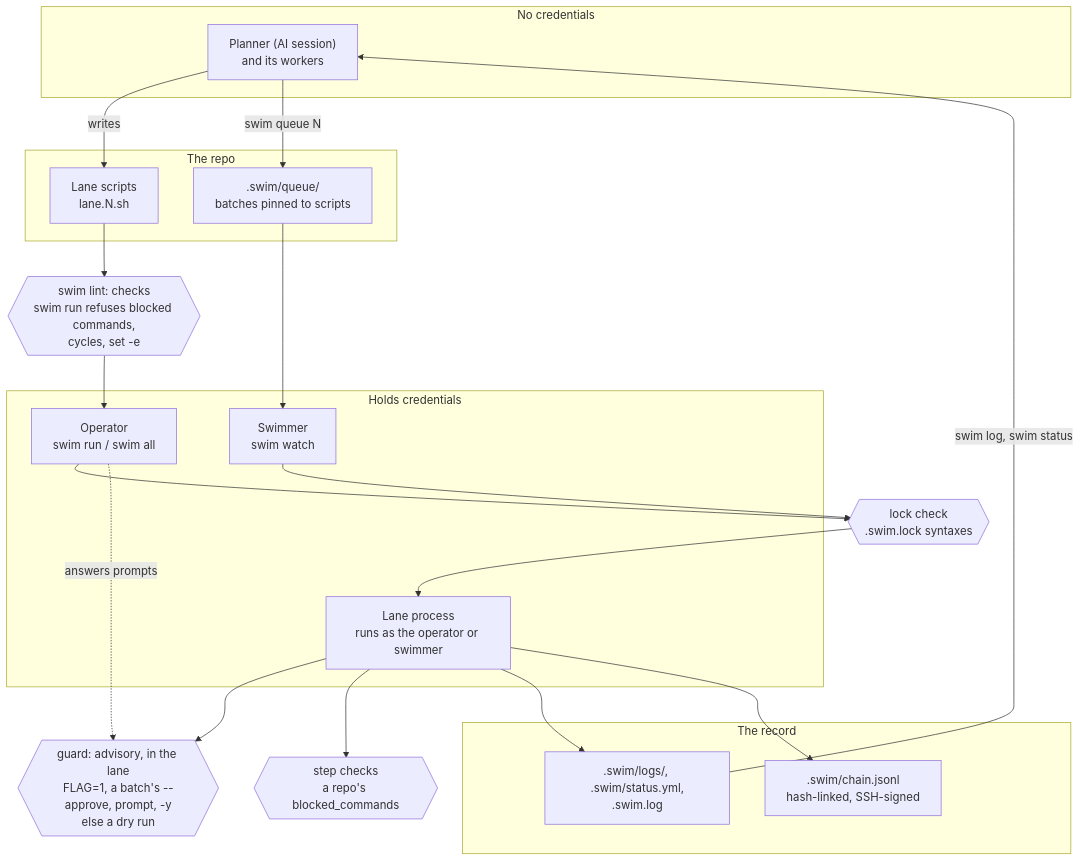
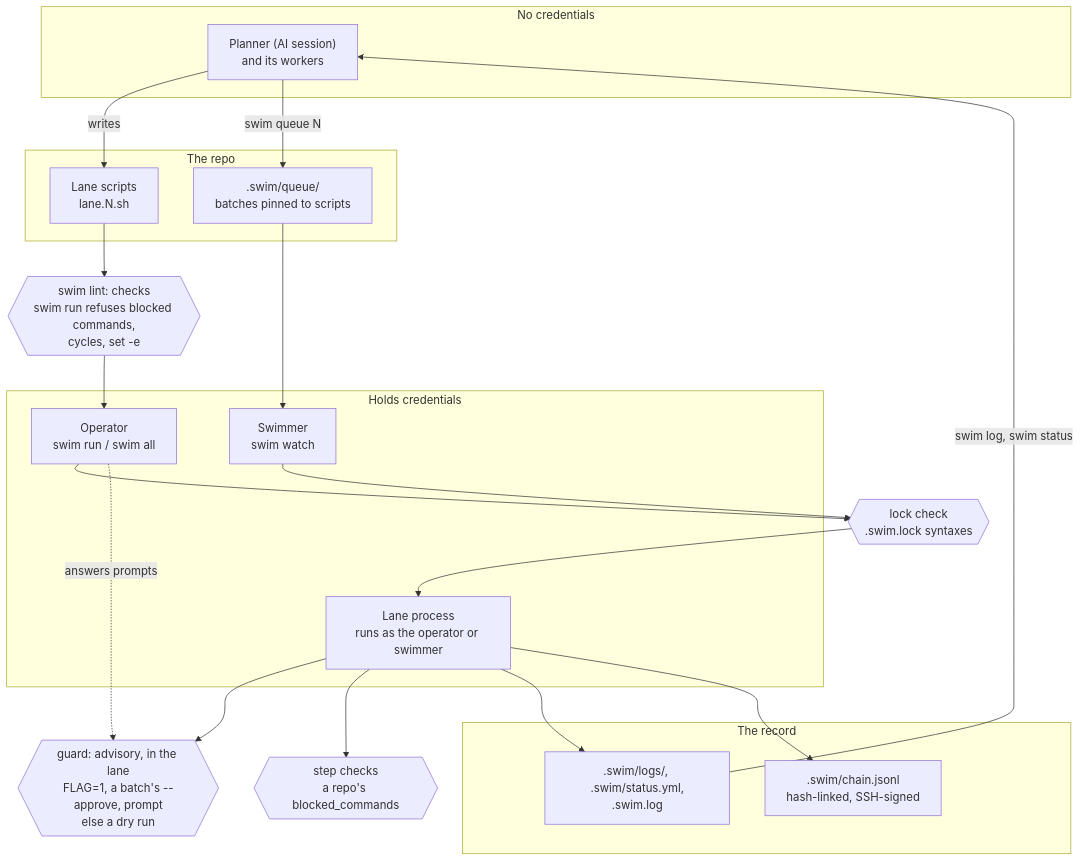
The diagram in docs/reference/architecture.md (gates-brightly/swimlane), drawn with Mermaid before and after one commit. The commit also changed other lines of this file and 54 other files, not shown here.

First line of the commit message:
Three ways to approve a guard: -y and approvals: are gone

````diff
--- a/docs/reference/architecture.md
+++ b/docs/reference/architecture.md
@@ -6,34 +6,34 @@
 ```mermaid
 flowchart TD
   subgraph nocreds["No credentials"]
     P["Planner (AI session)<br/>and its workers"]
   end
   subgraph repo["The repo"]
     L["Lane scripts<br/>lane.N.sh"]
     Q[".swim/queue/<br/>batches pinned to scripts"]
   end
   subgraph creds["Holds credentials"]
     O["Operator<br/>swim run / swim all"]
     W["Swimmer<br/>swim watch"]
     X["Lane process<br/>runs as the operator or swimmer"]
   end
   subgraph record["The record"]
     S[".swim/logs/, .swim/status.yml,<br/>.swim.log"]
     C[".swim/chain.jsonl<br/>hash-linked, SSH-signed"]
   end
 
   P -->|writes| L
   P -->|swim queue N| Q
   L --> PL{{"swim lint: checks<br/>swim run refuses blocked commands,<br/>cycles, set -e"}}
   PL --> O
   Q --> W
   O --> LK{{"lock check<br/>.swim.lock syntaxes"}}
   W --> LK
   LK --> X
-  X --> G{{"guard: advisory, in the lane<br/>FLAG=1, a batch's --approve, prompt, -y<br/>else a dry run"}}
+  X --> G{{"guard: advisory, in the lane<br/>FLAG=1, a batch's --approve, prompt<br/>else a dry run"}}
   O -.->|answers prompts| G
   X --> SH{{"step checks<br/>a repo's blocked_commands"}}
   X --> S
   X --> C
   S -->|swim log, swim status| P
 ```
````
